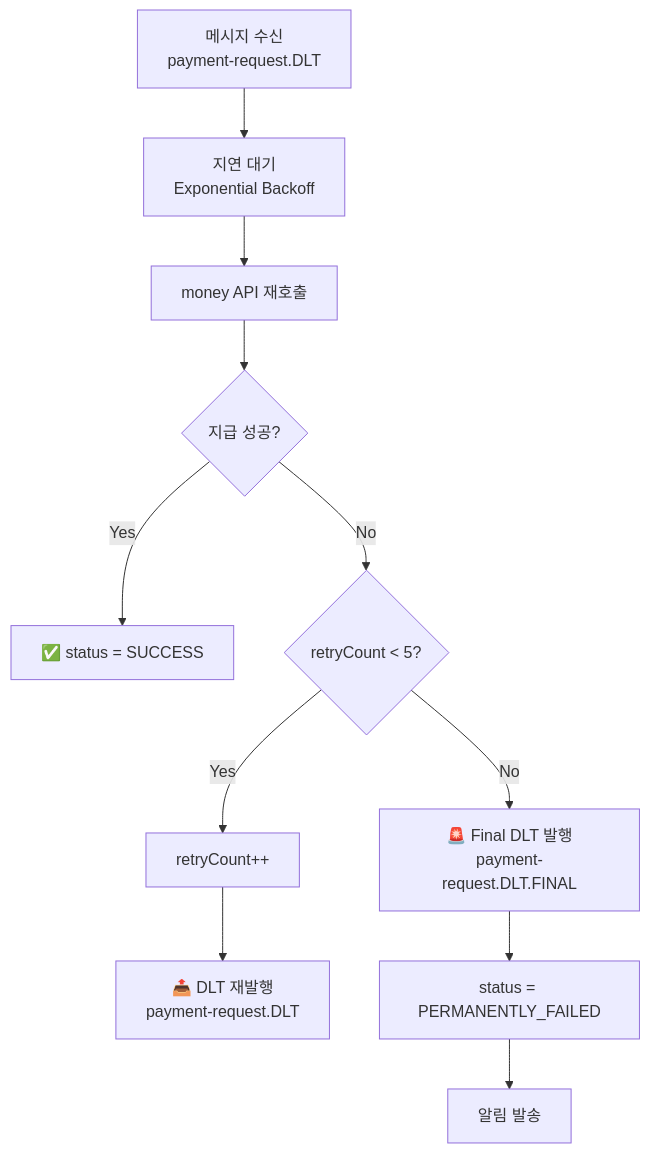
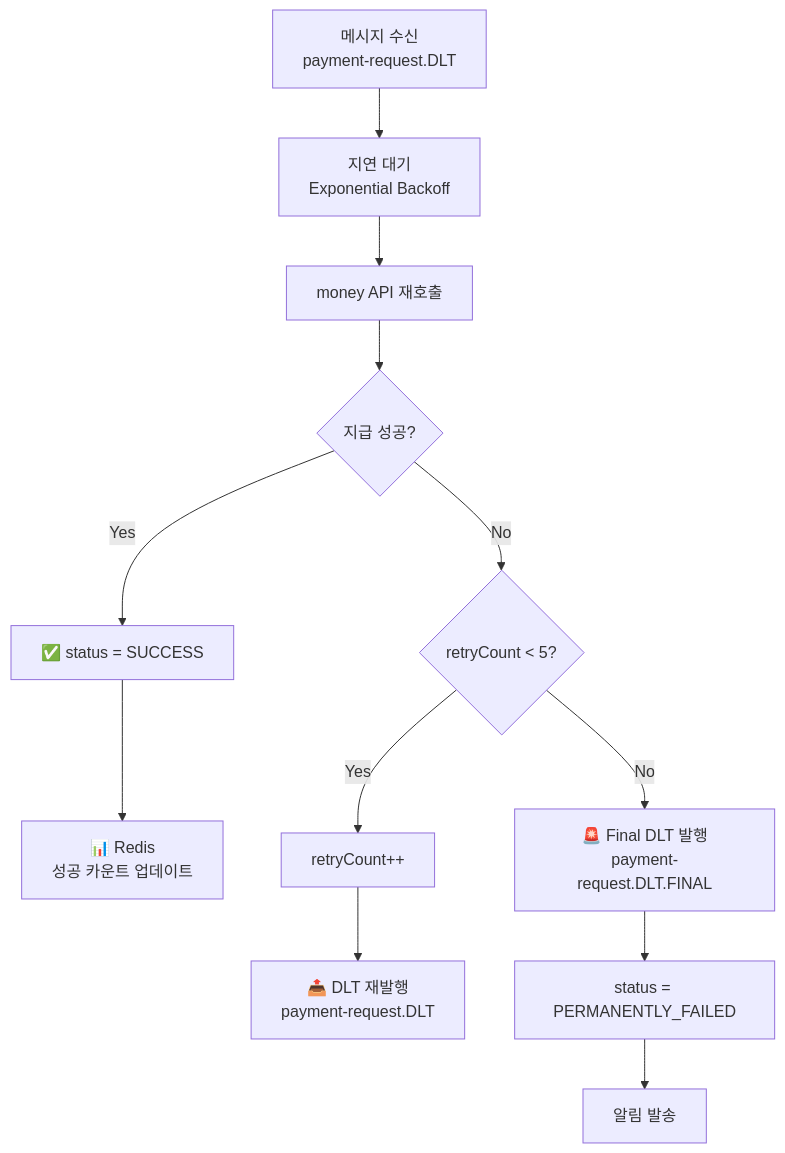
The fifth of 8 diagrams in 1. Project/2026_MP_대량 포인트 지급 시스템/02_Architecture.md (JiYoonKimjimmy/obsidian-vault), drawn with Mermaid before and after one commit. The commit also changed other lines of this file, not shown here.

````diff
--- a/1. Project/2026_MP_대량 포인트 지급 시스템/02_Architecture.md
+++ b/1. Project/2026_MP_대량 포인트 지급 시스템/02_Architecture.md
@@ -181,13 +214,14 @@
 ```mermaid
 flowchart TB
     A[메시지 수신<br/>payment-request.DLT] --> B[지연 대기<br/>Exponential Backoff]
     B --> C[money API 재호출]
     C --> D{지급 성공?}
     D -->|Yes| E[✅ status = SUCCESS]
+    E --> E2[📊 Redis<br/>성공 카운트 업데이트]
     D -->|No| F{retryCount < 5?}
     F -->|Yes| G[retryCount++]
     G --> H[📤 DLT 재발행<br/>payment-request.DLT]
     F -->|No| I[🚨 Final DLT 발행<br/>payment-request.DLT.FINAL]
     I --> J[status = PERMANENTLY_FAILED]
     J --> K[알림 발송]
 ```
````
